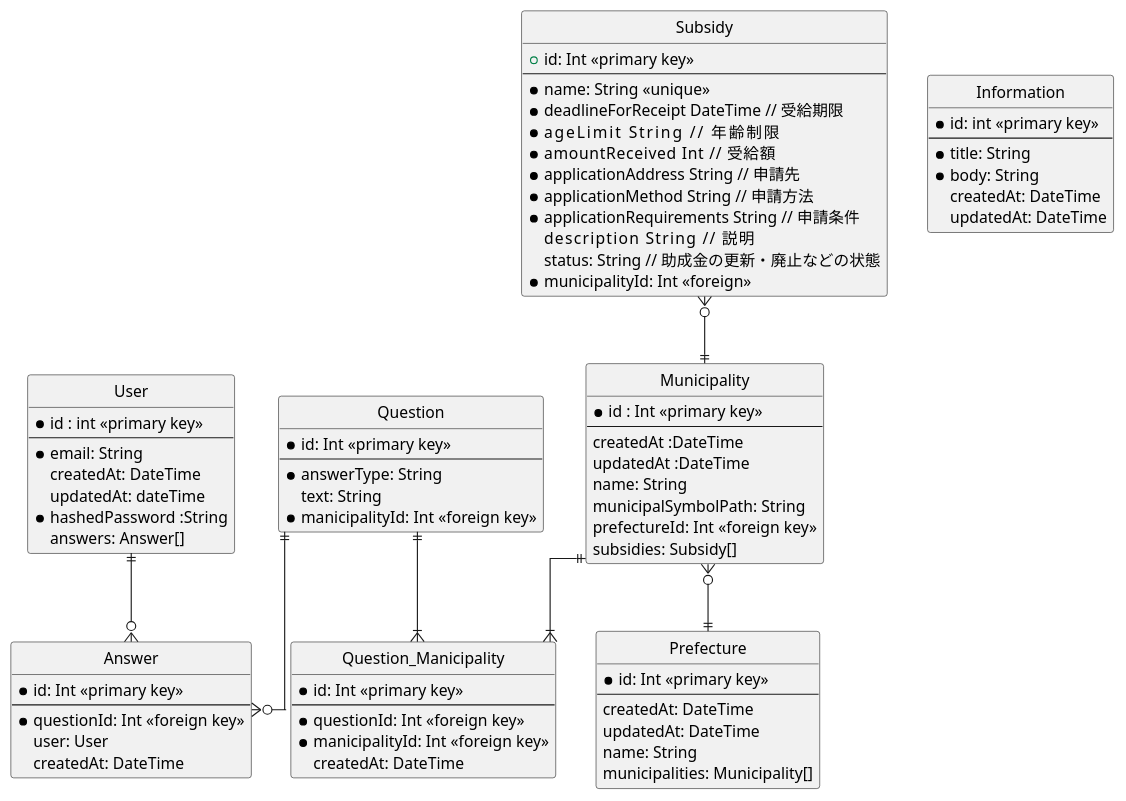
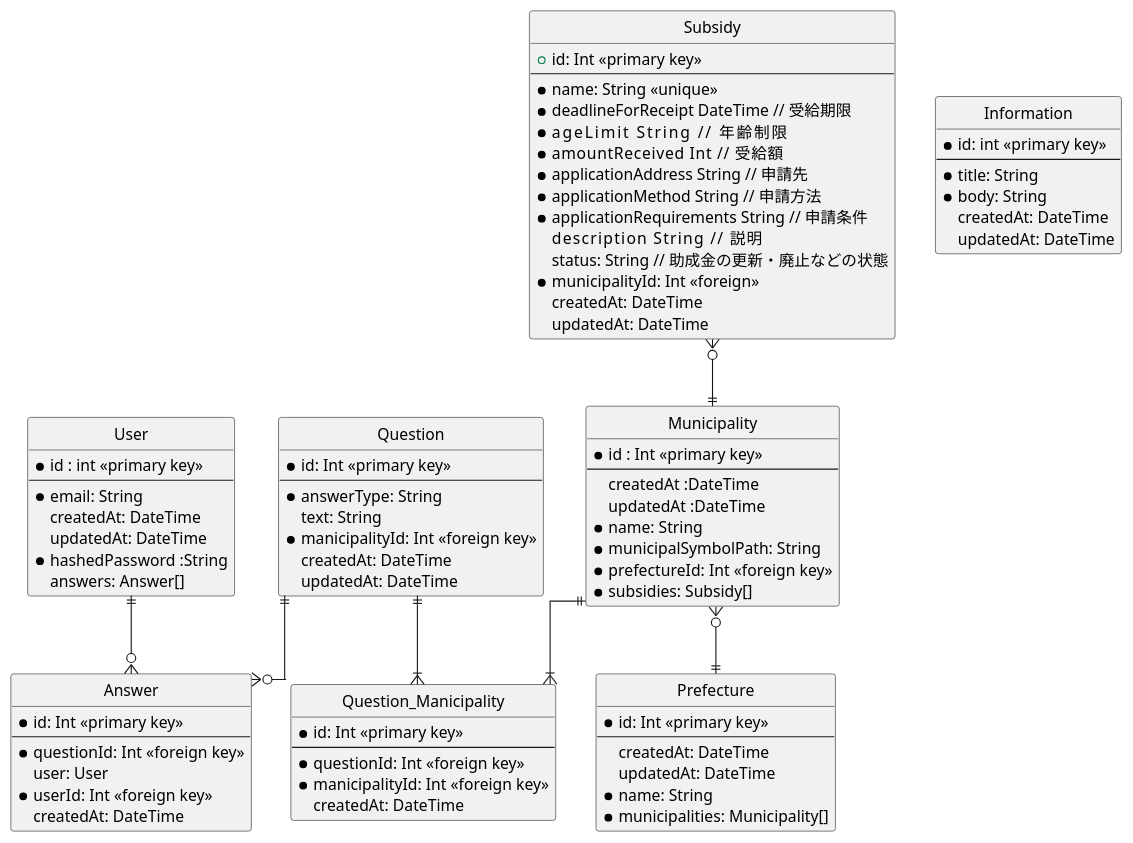
Before and after one commit to gigi434/ReStartNow: the diagram in app/backend/archive/db/logical design.pu, drawn with PlantUML. The commit also changed 9 other files, not shown here.

```diff
--- a/app/backend/archive/db/logical design.pu
+++ b/app/backend/archive/db/logical design.pu
@@ -1,98 +1,103 @@
 @startuml failure-story
 
 ' hide the spot
 hide circle
 
 ' avoid problems with angled crows feet
 skinparam linetype ortho
 
 entity "User" as user {
     *id : int <<primary key>>
     --
     *email: String
     createdAt: DateTime
-    updatedAt: dateTime
+    updatedAt: DateTime
     *hashedPassword :String
     answers: Answer[]
 }
 
 entity "Municipality" as manicipality {
     *id : Int <<primary key>>
     --
     createdAt :DateTime                  
     updatedAt :DateTime                  
-    name: String
-    municipalSymbolPath: String
-    prefectureId: Int <<foreign key>>
-    subsidies: Subsidy[]
+    *name: String
+    *municipalSymbolPath: String
+    *prefectureId: Int <<foreign key>>
+    *subsidies: Subsidy[]
 }
 
 entity "Information" as information {
     *id: int <<primary key>>
     --
     *title: String
     *body: String
     createdAt: DateTime
     updatedAt: DateTime
 }
 
 entity "Prefecture" as prefecture {
     *id: Int <<primary key>>
     --
     createdAt: DateTime
     updatedAt: DateTime
-    name: String
-    municipalities: Municipality[]
+    *name: String
+    *municipalities: Municipality[]
 }
 
 entity "Subsidy" as subsidy {
     +id: Int <<primary key>>
   --
     *name: String <<unique>>
     *deadlineForReceipt DateTime // 受給期限
     *ageLimit           String // 年齢制限
     *amountReceived     Int // 受給額
     *applicationAddress String // 申請先
     *applicationMethod String // 申請方法
     *applicationRequirements String // 申請条件
     description        String // 説明
     status: String // 助成金の更新・廃止などの状態
     *municipalityId: Int <<foreign>>
+    createdAt: DateTime
+    updatedAt: DateTime
 }
 
 ' 一問一答の質問
 entity "Question" as question {
     *id: Int <<primary key>>
     --
     *answerType: String
     text: String
     *manicipalityId: Int <<foreign key>>
+    createdAt: DateTime
+    updatedAt: DateTime
 }
 
 ' ユーザーの答えを保存するテーブル
 entity "Answer" as answer {
     *id: Int <<primary key>>
     --
     *questionId: Int <<foreign key>>
     user: User
+    *userId: Int <<foreign key>>
     createdAt: DateTime
 }
 
 entity "Question_Manicipality" as questionOnManicipality {
     *id: Int <<primary key>> 
     --
     *questionId: Int <<foreign key>>
     *manicipalityId: Int <<foreign key>>
     createdAt: DateTime
 }
 
 manicipality }o--|| prefecture
 question ||--o{ answer
 question ||--|{ questionOnManicipality
 manicipality ||--|{ questionOnManicipality
 subsidy }o--|| manicipality
 user ||--o{ answer
 
 
 
 @enduml
```
